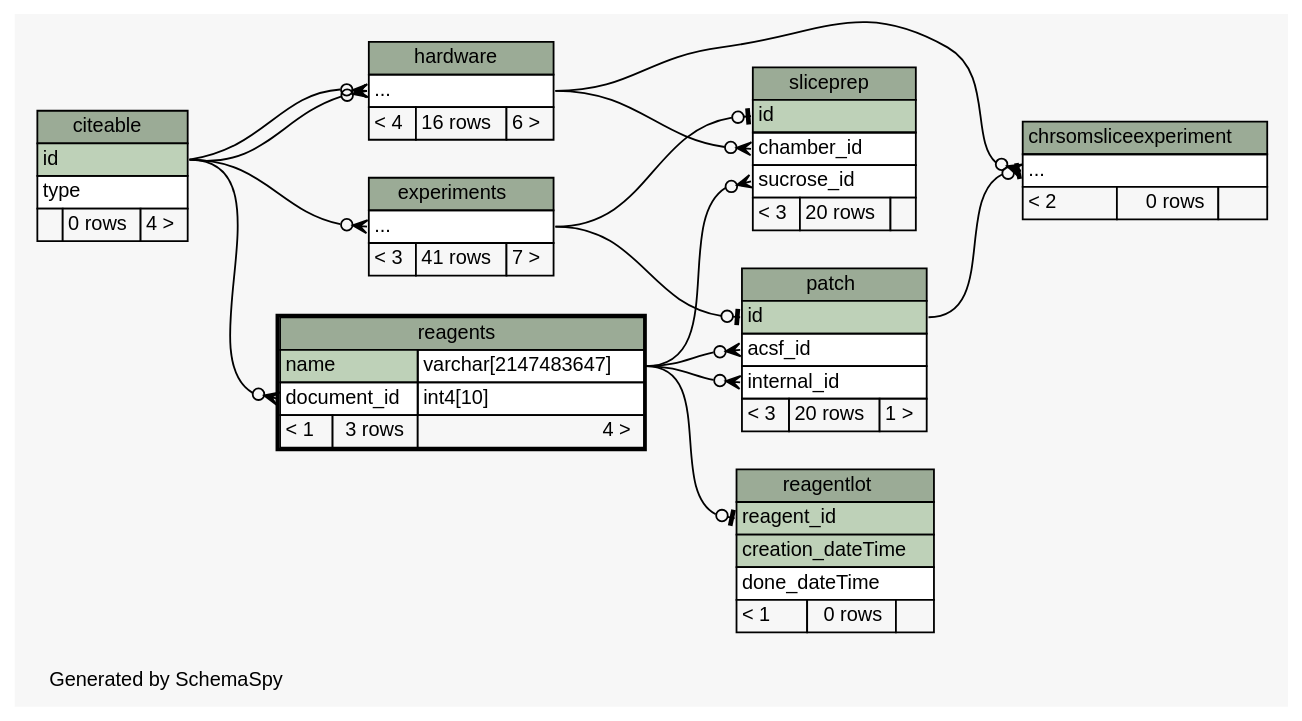
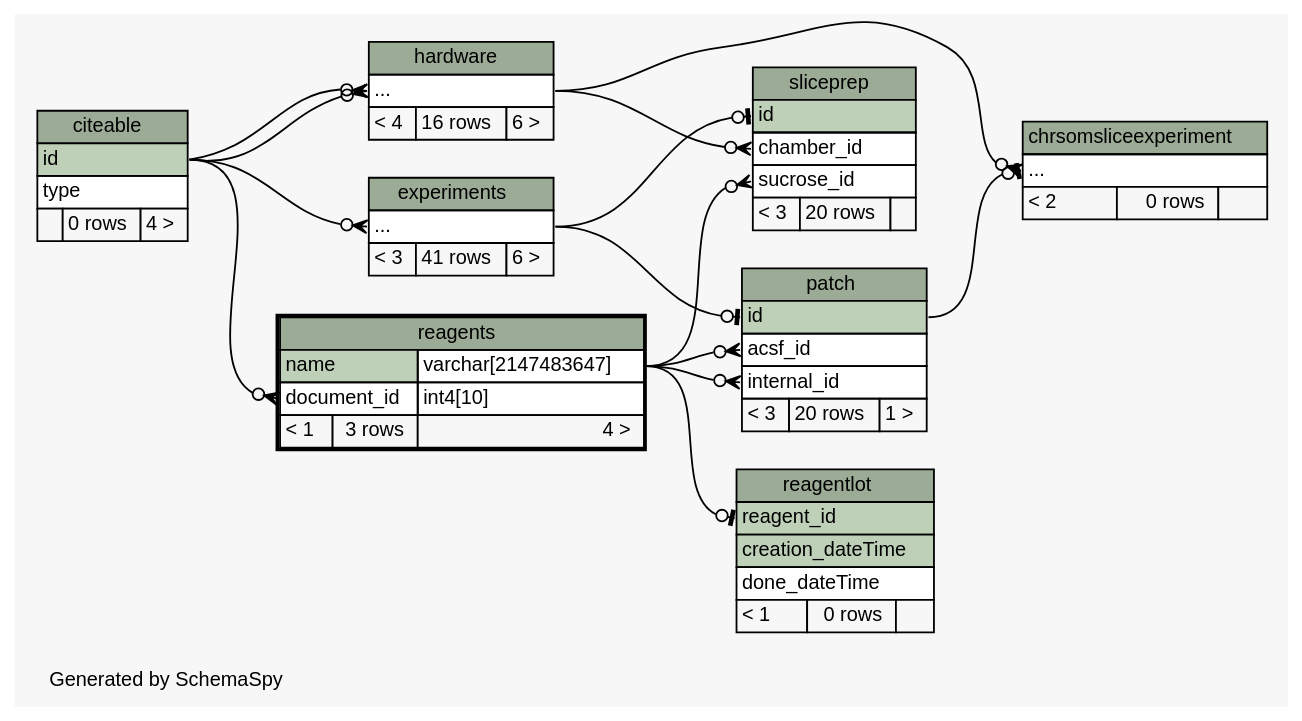
Before and after one commit to tgbugs/mlab: the diagram in database/ss/diagrams/reagents.2degrees.dot, drawn with Graphviz. The commit also changed 187 other files, not shown here.

```diff
--- a/database/ss/diagrams/reagents.2degrees.dot
+++ b/database/ss/diagrams/reagents.2degrees.dot
@@ -1,123 +1,123 @@
 // dot 2.32.0 on Windows 7 6.1
 // SchemaSpy rev 590
 digraph "twoDegreesRelationshipsDiagram" {
   graph [
     rankdir="RL"
     bgcolor="#f7f7f7"
     label="\nGenerated by SchemaSpy"
     labeljust="l"
     nodesep="0.18"
     ranksep="0.46"
     fontname="Helvetica"
     fontsize="11"
   ];
   node [
     fontname="Helvetica"
     fontsize="11"
     shape="plaintext"
   ];
   edge [
     arrowsize="0.8"
   ];
   "chrsomsliceexperiment":"elipses":w -> "patch":"id":e [arrowhead=none dir=back arrowtail=teeodot];
   "chrsomsliceexperiment":"elipses":w -> "hardware":"elipses":e [arrowhead=none dir=back arrowtail=crowodot];
   "experiments":"elipses":w -> "citeable":"id":e [arrowhead=none dir=back arrowtail=crowodot];
   "hardware":"elipses":w -> "citeable":"id":e [arrowhead=none dir=back arrowtail=crowodot];
   "hardware":"elipses":w -> "citeable":"id":e [arrowhead=none dir=back arrowtail=crowodot];
   "patch":"acsf_id":w -> "reagents":"name.type":e [arrowhead=none dir=back arrowtail=crowodot];
   "patch":"id":w -> "experiments":"elipses":e [arrowhead=none dir=back arrowtail=teeodot];
   "patch":"internal_id":w -> "reagents":"name.type":e [arrowhead=none dir=back arrowtail=crowodot];
   "reagentlot":"reagent_id":w -> "reagents":"name.type":e [arrowhead=none dir=back arrowtail=teeodot];
   "reagents":"document_id":w -> "citeable":"id":e [arrowhead=none dir=back arrowtail=crowodot];
   "sliceprep":"chamber_id":w -> "hardware":"elipses":e [arrowhead=none dir=back arrowtail=crowodot];
   "sliceprep":"id":w -> "experiments":"elipses":e [arrowhead=none dir=back arrowtail=teeodot];
   "sliceprep":"sucrose_id":w -> "reagents":"name.type":e [arrowhead=none dir=back arrowtail=crowodot];
   "chrsomsliceexperiment" [
     label=<
     <TABLE BORDER="0" CELLBORDER="1" CELLSPACING="0" BGCOLOR="#ffffff">
       <TR><TD COLSPAN="3" BGCOLOR="#9bab96" ALIGN="CENTER">chrsomsliceexperiment</TD></TR>
       <TR><TD PORT="elipses" COLSPAN="3" ALIGN="LEFT">...</TD></TR>
       <TR><TD ALIGN="LEFT" BGCOLOR="#f7f7f7">&lt; 2</TD><TD ALIGN="RIGHT" BGCOLOR="#f7f7f7">0 rows</TD><TD ALIGN="RIGHT" BGCOLOR="#f7f7f7">  </TD></TR>
     </TABLE>>
     URL="chrsomsliceexperiment.html"
     tooltip="chrsomsliceexperiment"
   ];
   "citeable" [
     label=<
     <TABLE BORDER="0" CELLBORDER="1" CELLSPACING="0" BGCOLOR="#ffffff">
       <TR><TD COLSPAN="3" BGCOLOR="#9bab96" ALIGN="CENTER">citeable</TD></TR>
       <TR><TD PORT="id" COLSPAN="3" BGCOLOR="#bed1b8" ALIGN="LEFT">id</TD></TR>
       <TR><TD PORT="type" COLSPAN="3" ALIGN="LEFT">type</TD></TR>
       <TR><TD ALIGN="LEFT" BGCOLOR="#f7f7f7">  </TD><TD ALIGN="RIGHT" BGCOLOR="#f7f7f7">0 rows</TD><TD ALIGN="RIGHT" BGCOLOR="#f7f7f7">4 &gt;</TD></TR>
     </TABLE>>
     URL="citeable.html"
     tooltip="citeable"
   ];
   "experiments" [
     label=<
     <TABLE BORDER="0" CELLBORDER="1" CELLSPACING="0" BGCOLOR="#ffffff">
       <TR><TD COLSPAN="3" BGCOLOR="#9bab96" ALIGN="CENTER">experiments</TD></TR>
       <TR><TD PORT="elipses" COLSPAN="3" ALIGN="LEFT">...</TD></TR>
-      <TR><TD ALIGN="LEFT" BGCOLOR="#f7f7f7">&lt; 3</TD><TD ALIGN="RIGHT" BGCOLOR="#f7f7f7">41 rows</TD><TD ALIGN="RIGHT" BGCOLOR="#f7f7f7">7 &gt;</TD></TR>
+      <TR><TD ALIGN="LEFT" BGCOLOR="#f7f7f7">&lt; 3</TD><TD ALIGN="RIGHT" BGCOLOR="#f7f7f7">41 rows</TD><TD ALIGN="RIGHT" BGCOLOR="#f7f7f7">6 &gt;</TD></TR>
     </TABLE>>
     URL="experiments.html"
     tooltip="experiments"
   ];
   "hardware" [
     label=<
     <TABLE BORDER="0" CELLBORDER="1" CELLSPACING="0" BGCOLOR="#ffffff">
       <TR><TD COLSPAN="3" BGCOLOR="#9bab96" ALIGN="CENTER">hardware</TD></TR>
       <TR><TD PORT="elipses" COLSPAN="3" ALIGN="LEFT">...</TD></TR>
       <TR><TD ALIGN="LEFT" BGCOLOR="#f7f7f7">&lt; 4</TD><TD ALIGN="RIGHT" BGCOLOR="#f7f7f7">16 rows</TD><TD ALIGN="RIGHT" BGCOLOR="#f7f7f7">6 &gt;</TD></TR>
     </TABLE>>
     URL="hardware.html"
     tooltip="hardware"
   ];
   "patch" [
     label=<
     <TABLE BORDER="0" CELLBORDER="1" CELLSPACING="0" BGCOLOR="#ffffff">
       <TR><TD COLSPAN="3" BGCOLOR="#9bab96" ALIGN="CENTER">patch</TD></TR>
       <TR><TD PORT="id" COLSPAN="3" BGCOLOR="#bed1b8" ALIGN="LEFT">id</TD></TR>
       <TR><TD PORT="acsf_id" COLSPAN="3" ALIGN="LEFT">acsf_id</TD></TR>
       <TR><TD PORT="internal_id" COLSPAN="3" ALIGN="LEFT">internal_id</TD></TR>
       <TR><TD ALIGN="LEFT" BGCOLOR="#f7f7f7">&lt; 3</TD><TD ALIGN="RIGHT" BGCOLOR="#f7f7f7">20 rows</TD><TD ALIGN="RIGHT" BGCOLOR="#f7f7f7">1 &gt;</TD></TR>
     </TABLE>>
     URL="patch.html"
     tooltip="patch"
   ];
   "reagentlot" [
     label=<
     <TABLE BORDER="0" CELLBORDER="1" CELLSPACING="0" BGCOLOR="#ffffff">
       <TR><TD COLSPAN="3" BGCOLOR="#9bab96" ALIGN="CENTER">reagentlot</TD></TR>
       <TR><TD PORT="reagent_id" COLSPAN="3" BGCOLOR="#bed1b8" ALIGN="LEFT">reagent_id</TD></TR>
       <TR><TD PORT="creation_dateTime" COLSPAN="3" BGCOLOR="#bed1b8" ALIGN="LEFT">creation_dateTime</TD></TR>
       <TR><TD PORT="done_dateTime" COLSPAN="3" ALIGN="LEFT">done_dateTime</TD></TR>
       <TR><TD ALIGN="LEFT" BGCOLOR="#f7f7f7">&lt; 1</TD><TD ALIGN="RIGHT" BGCOLOR="#f7f7f7">0 rows</TD><TD ALIGN="RIGHT" BGCOLOR="#f7f7f7">  </TD></TR>
     </TABLE>>
     URL="reagentlot.html"
     tooltip="reagentlot"
   ];
   "reagents" [
     label=<
     <TABLE BORDER="2" CELLBORDER="1" CELLSPACING="0" BGCOLOR="#ffffff">
       <TR><TD COLSPAN="3" BGCOLOR="#9bab96" ALIGN="CENTER">reagents</TD></TR>
       <TR><TD PORT="name" COLSPAN="2" BGCOLOR="#bed1b8" ALIGN="LEFT">name</TD><TD PORT="name.type" ALIGN="LEFT">varchar[2147483647]</TD></TR>
       <TR><TD PORT="document_id" COLSPAN="2" ALIGN="LEFT">document_id</TD><TD PORT="document_id.type" ALIGN="LEFT">int4[10]</TD></TR>
       <TR><TD ALIGN="LEFT" BGCOLOR="#f7f7f7">&lt; 1</TD><TD ALIGN="RIGHT" BGCOLOR="#f7f7f7">3 rows</TD><TD ALIGN="RIGHT" BGCOLOR="#f7f7f7">4 &gt;</TD></TR>
     </TABLE>>
     URL="reagents.html"
     tooltip="reagents"
   ];
   "sliceprep" [
     label=<
     <TABLE BORDER="0" CELLBORDER="1" CELLSPACING="0" BGCOLOR="#ffffff">
       <TR><TD COLSPAN="3" BGCOLOR="#9bab96" ALIGN="CENTER">sliceprep</TD></TR>
       <TR><TD PORT="id" COLSPAN="3" BGCOLOR="#bed1b8" ALIGN="LEFT">id</TD></TR>
       <TR><TD PORT="chamber_id" COLSPAN="3" ALIGN="LEFT">chamber_id</TD></TR>
       <TR><TD PORT="sucrose_id" COLSPAN="3" ALIGN="LEFT">sucrose_id</TD></TR>
       <TR><TD ALIGN="LEFT" BGCOLOR="#f7f7f7">&lt; 3</TD><TD ALIGN="RIGHT" BGCOLOR="#f7f7f7">20 rows</TD><TD ALIGN="RIGHT" BGCOLOR="#f7f7f7">  </TD></TR>
     </TABLE>>
     URL="sliceprep.html"
     tooltip="sliceprep"
   ];
 }
```
